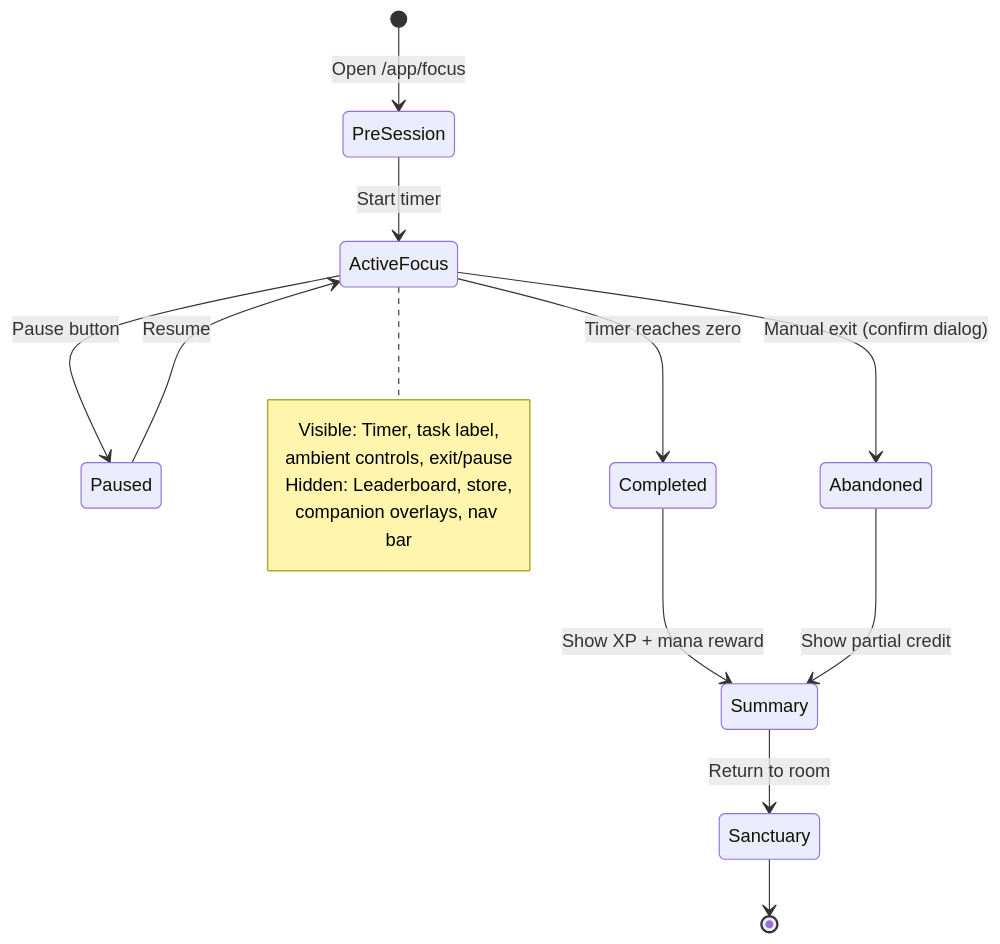
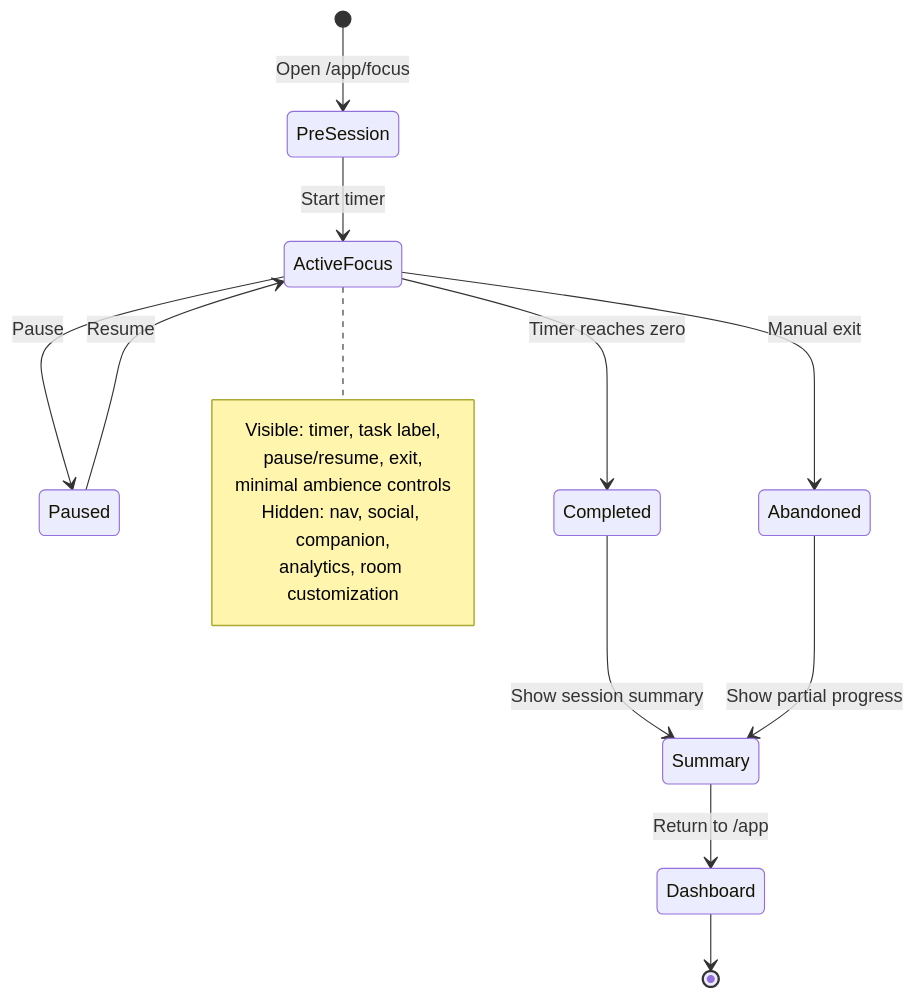
One commit to flcsezz/Komorebie changed the fifth of 5 diagrams in komorebie-architecture-plan.md. Above: the diagram before and after it, drawn with Mermaid. The commit also changed other lines of this file and 56 other files, not shown here.

````diff
--- a/komorebie-architecture-plan.md
+++ b/komorebie-architecture-plan.md
@@ -214,20 +134,21 @@
 ```mermaid
 stateDiagram-v2
     [*] --> PreSession: Open /app/focus
     PreSession --> ActiveFocus: Start timer
-    ActiveFocus --> Paused: Pause button
+    ActiveFocus --> Paused: Pause
     Paused --> ActiveFocus: Resume
     ActiveFocus --> Completed: Timer reaches zero
-    ActiveFocus --> Abandoned: Manual exit (confirm dialog)
-    Completed --> Summary: Show XP + mana reward
-    Abandoned --> Summary: Show partial credit
-    Summary --> Sanctuary: Return to room
-    Sanctuary --> [*]
+    ActiveFocus --> Abandoned: Manual exit
+    Completed --> Summary: Show session summary
+    Abandoned --> Summary: Show partial progress
+    Summary --> Dashboard: Return to /app
+    Dashboard --> [*]
 
     note right of ActiveFocus
-      Visible: Timer, task label,
-      ambient controls, exit/pause
-      Hidden: Leaderboard, store,
-      companion overlays, nav bar
+      Visible: timer, task label,
+      pause/resume, exit,
+      minimal ambience controls
+      Hidden: nav, social, companion,
+      analytics, room customization
     end note
 ```
````
